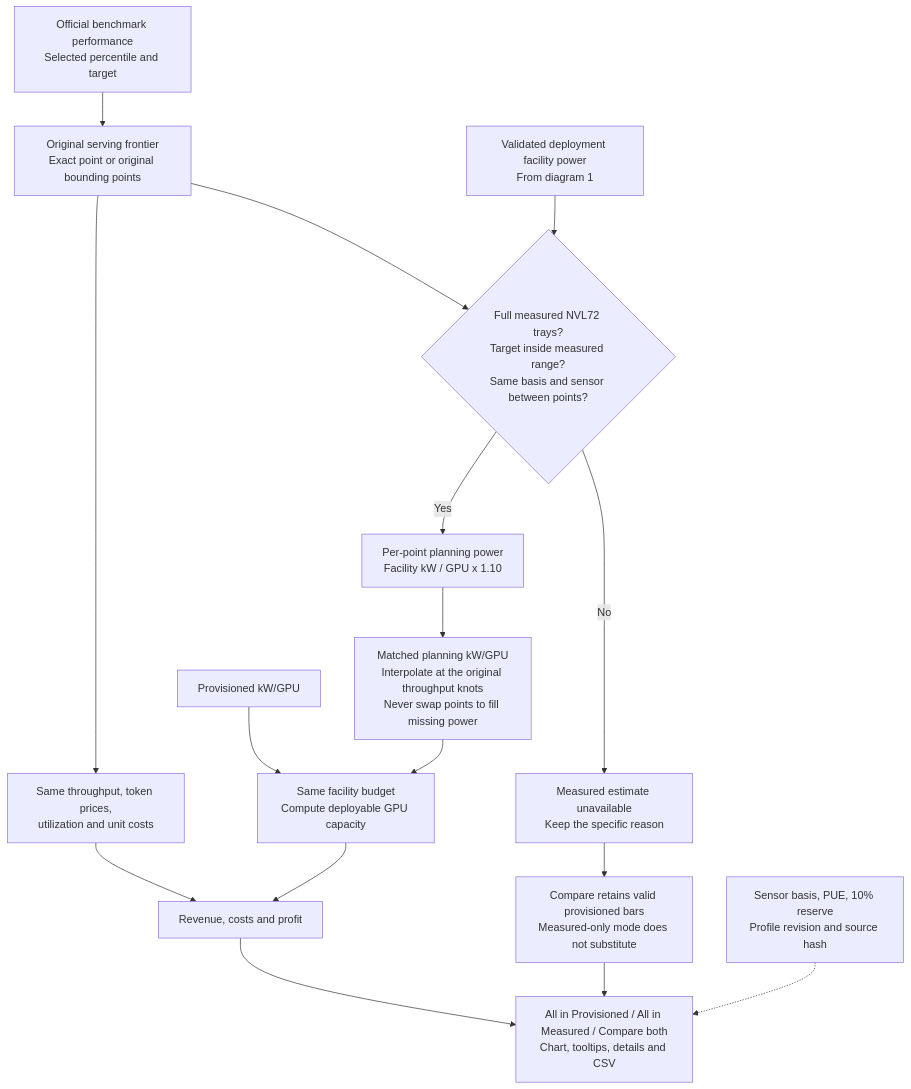
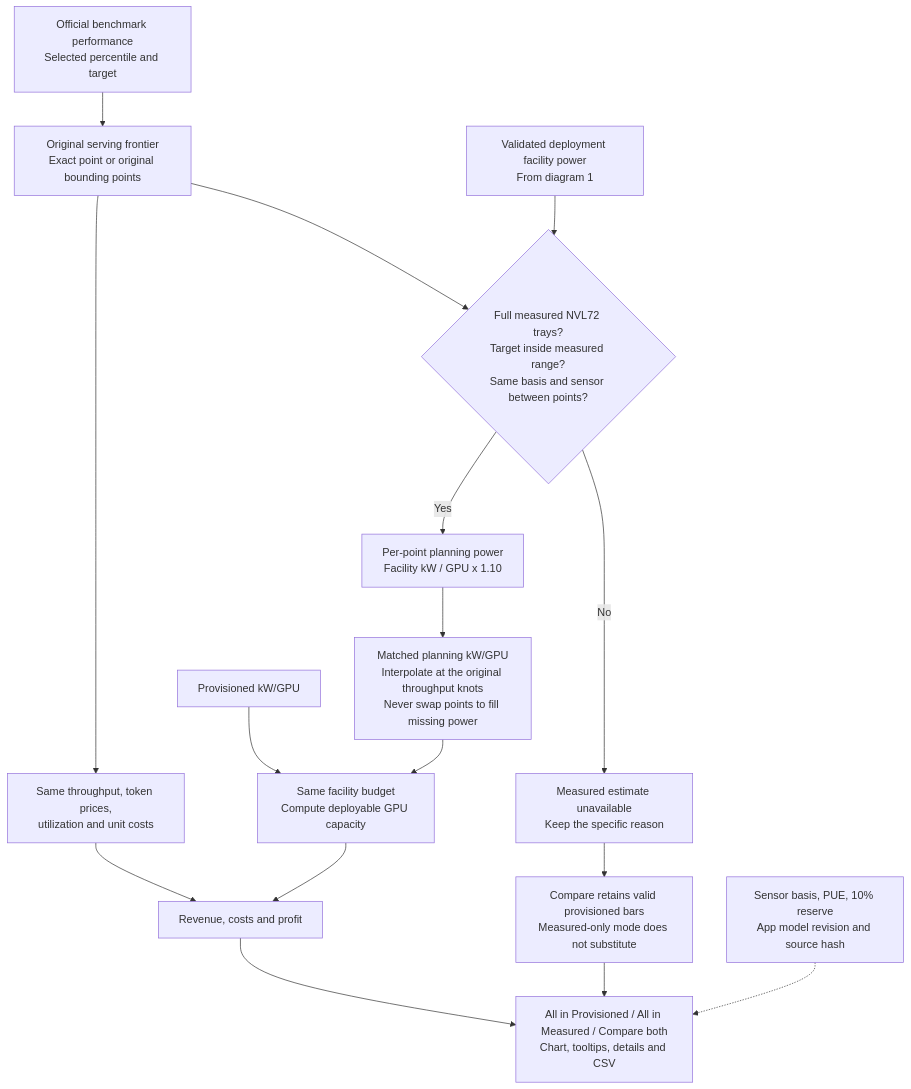
Before and after one commit to SemiAnalysisAI/InferenceX-app: the second of 2 diagrams in docs/powerx-system-power.md, drawn with Mermaid. The commit also changed other lines of this file and 20 other files, not shown here.

````diff
--- a/docs/powerx-system-power.md
+++ b/docs/powerx-system-power.md
@@ -256,18 +256,18 @@
 ```mermaid
 flowchart TB
     PERF["Official benchmark performance<br/>Selected percentile and target"] --> FRONT["Original serving frontier<br/>Exact point or original bounding points"]
     POWER["Validated deployment facility power<br/>From diagram 1"] --> ACCEPT
     FRONT --> ACCEPT{"Full measured NVL72 trays?<br/>Target inside measured range?<br/>Same basis and sensor between points?"}
     ACCEPT -->|"No"| SKIP["Measured estimate unavailable<br/>Keep the specific reason"]
     ACCEPT -->|"Yes"| POINT["Per-point planning power<br/>Facility kW / GPU x 1.10"]
     POINT --> SMART["Matched planning kW/GPU<br/>Interpolate at the original throughput knots<br/>Never swap points to fill missing power"]
     SPEC["Provisioned kW/GPU"] --> CAP
     SMART --> CAP["Same facility budget<br/>Compute deployable GPU capacity"]
     FRONT --> INPUT["Same throughput, token prices,<br/>utilization and unit costs"]
     INPUT --> ECON
     CAP --> ECON["Revenue, costs and profit"]
     ECON --> UI["All in Provisioned / All in Measured / Compare both<br/>Chart, tooltips, details and CSV"]
     SKIP --> KEEP["Compare retains valid provisioned bars<br/>Measured-only mode does not substitute"]
     KEEP --> UI
-    META["Sensor basis, PUE, 10% reserve<br/>Profile revision and source hash"] -.-> UI
+    META["Sensor basis, PUE, 10% reserve<br/>App model revision and source hash"] -.-> UI
 ```
````
